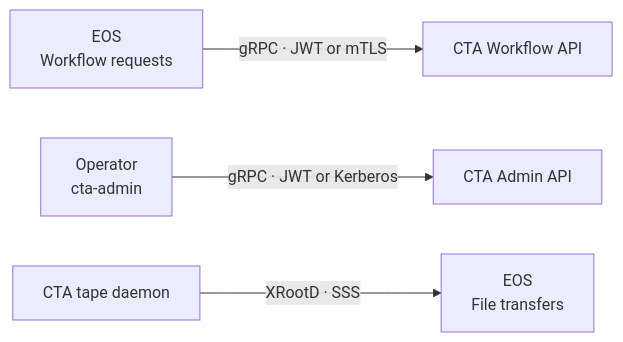
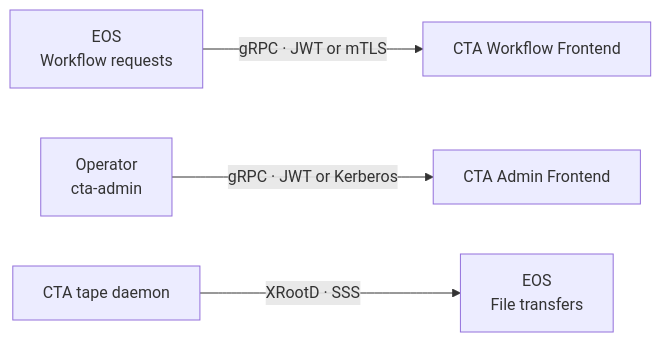
Before and after one commit to cern-cta/CTA: the diagram in docs/content/concepts/components/authentication.md, drawn with Mermaid. The commit also changed other lines of this file and 27 other files, not shown here.

````diff
--- a/docs/content/concepts/components/authentication.md
+++ b/docs/content/concepts/components/authentication.md
@@ -29,13 +29,13 @@
 ```mermaid
 flowchart LR
     eosWorkflow["EOS<br/>Workflow requests"]
-    workflow["CTA Workflow API"]
+    workflow["CTA Workflow Frontend"]
     adminClient["Operator<br/>cta-admin"]
-    admin["CTA Admin API"]
+    admin["CTA Admin Frontend"]
     taped["CTA tape daemon"]
     eosData["EOS<br/>File transfers"]
 
     eosWorkflow -->|"gRPC · JWT or mTLS"| workflow
     adminClient -->|"gRPC · JWT or Kerberos"| admin
     taped -->|"XRootD · SSS"| eosData
 ```
````
